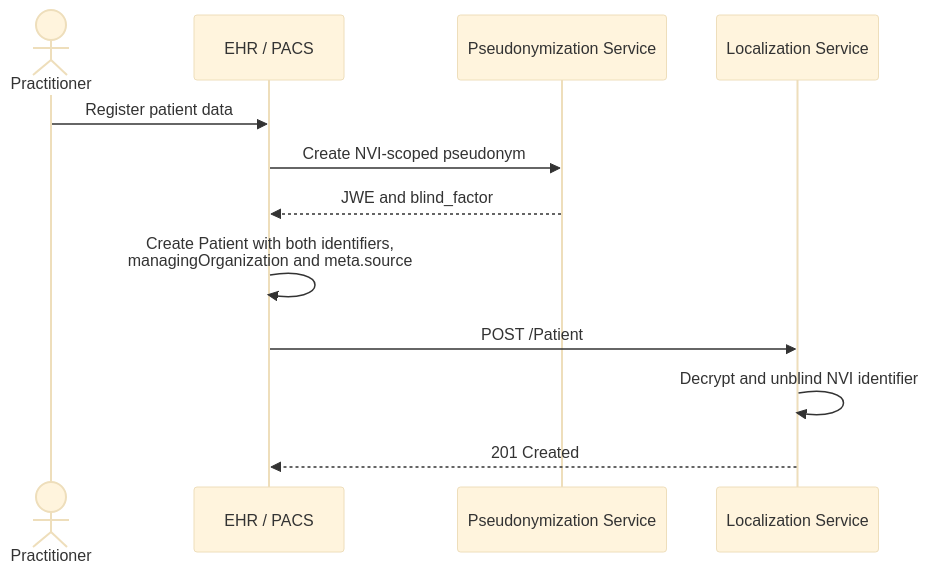
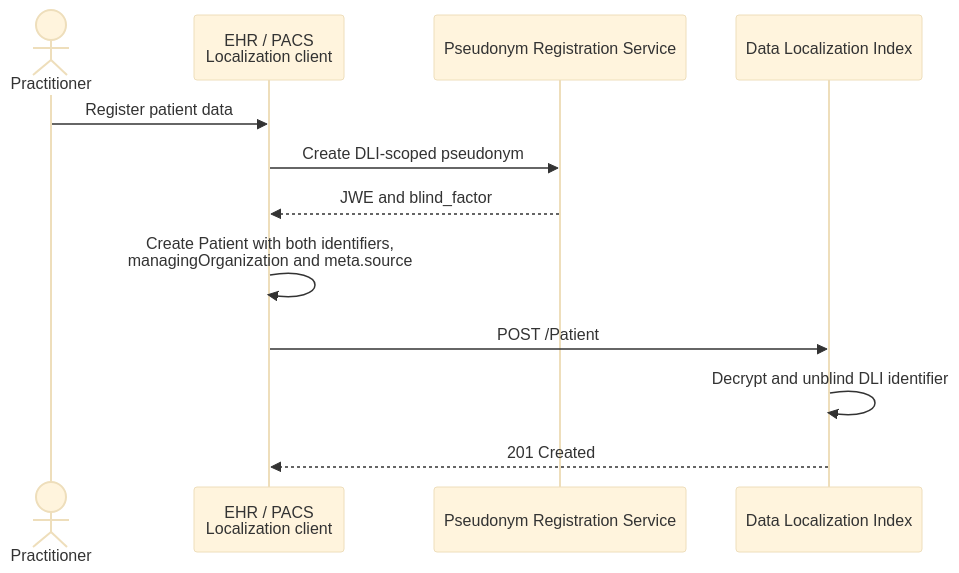
The first of 2 diagrams in input/pagecontent/localization.md (minvws/generiekefuncties-docs), drawn with Mermaid (base theme) before and after one commit. The commit also changed other lines of this file and 5 other files, not shown here.

````diff
--- a/input/pagecontent/localization.md
+++ b/input/pagecontent/localization.md
@@ -249,15 +247,15 @@
 ```mermaid
 sequenceDiagram
     actor doctor as Practitioner
-    participant ehr as EHR / PACS
-    participant prs as Pseudonymization Service
-    participant nvi as Localization Service
+    participant ehr as EHR / PACS<br/>Localization client
+    participant prs as Pseudonym Registration Service
+    participant DLI as Data Localization Index
 
     doctor->>ehr: Register patient data
-    ehr->>prs: Create NVI-scoped pseudonym
+    ehr->>prs: Create DLI-scoped pseudonym
     prs-->>ehr: JWE and blind_factor
     ehr->>ehr: Create Patient with both identifiers,<br/>managingOrganization and meta.source
-    ehr->>nvi: POST /Patient
-    nvi->>nvi: Decrypt and unblind NVI identifier
-    nvi-->>ehr: 201 Created
+    ehr->>DLI: POST /Patient
+    DLI->>DLI: Decrypt and unblind DLI identifier
+    DLI-->>ehr: 201 Created
 ```
````
